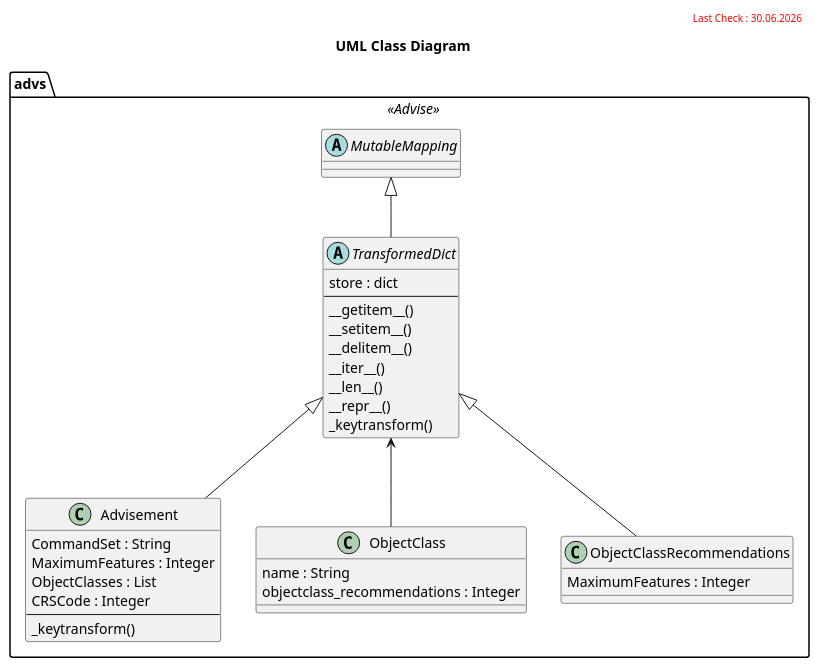
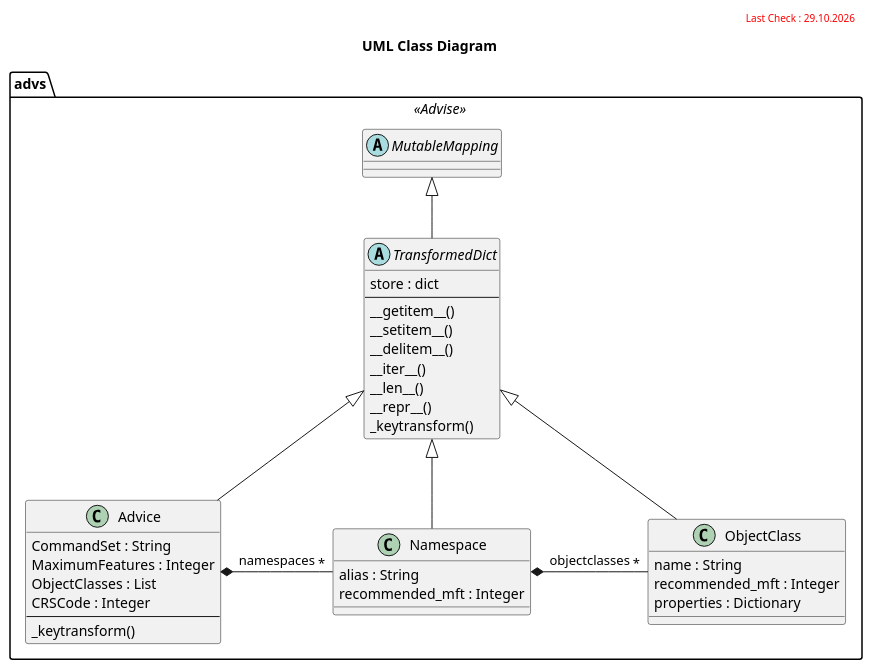
One commit to 3dcitydb/3dcitydb-mkdocs changed the diagram in docs/citydb-3dtiler/includes/advice_classes.md. Above: the diagram before and after it, drawn with PlantUML. The commit also changed other lines of this file and 40 other files, not shown here.

````diff
--- a/docs/citydb-3dtiler/includes/advice_classes.md
+++ b/docs/citydb-3dtiler/includes/advice_classes.md
@@ -10,48 +10,56 @@
 ```puml
 @startuml
 title UML Class Diagram 
 header
-<font color=red size=10>Last Check : 30.06.2026</font>
+<font color=red size=10>Last Check : 29.10.2026</font>
 endheader
-'footer
-'<font color=blue size=9>30.06.2026</font>
-'endfooter
 
 '!include card-style.puml
 
 namespace advs <<Advise>> {
   abstract class MutableMapping {
   }
   abstract class TransformedDict {
     store : dict
     ---
     __getitem__()
     __setitem__()
     __delitem__()
     __iter__()
     __len__()
     __repr__()
     _keytransform()
   }
   TransformedDict -up-|> MutableMapping
-  class Advisement {
+  class Advice {
     CommandSet : String
     MaximumFeatures : Integer
     ObjectClasses : List
     CRSCode : Integer
     ---
     _keytransform()
   }
-  Advisement -up-|> TransformedDict
+  Advice -up-|> TransformedDict
+  Advice *- "*" Namespace : namespaces
+  
+  class Namespace {
+    alias : String
+    recommended_mft : Integer
+  }
+  Namespace -up-|> TransformedDict
+  Namespace *- "*" ObjectClass : objectclasses
+
   class ObjectClass {
     name : String
-    objectclass_recommendations : Integer
+    recommended_mft : Integer
+    properties : Dictionary
   }
-  ObjectClass -up-> TransformedDict
-  class ObjectClassRecommendations {
-    MaximumFeatures : Integer
-  }
-  ObjectClassRecommendations -up-|> TransformedDict
+  ObjectClass -up-|> TransformedDict
+  
+  'class ObjectClassRecommendations {
+  '  MaximumFeatures : Integer
+  '}
+  'ObjectClassRecommendations -up-|> TransformedDict
 }
 @enduml
 ```
````
